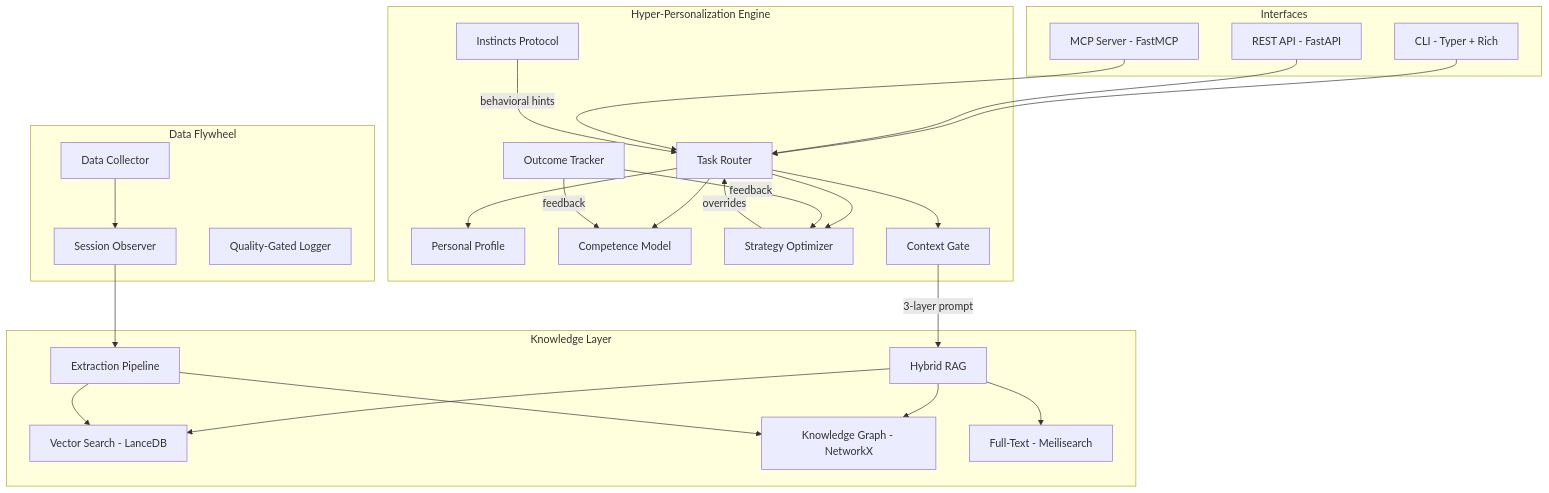
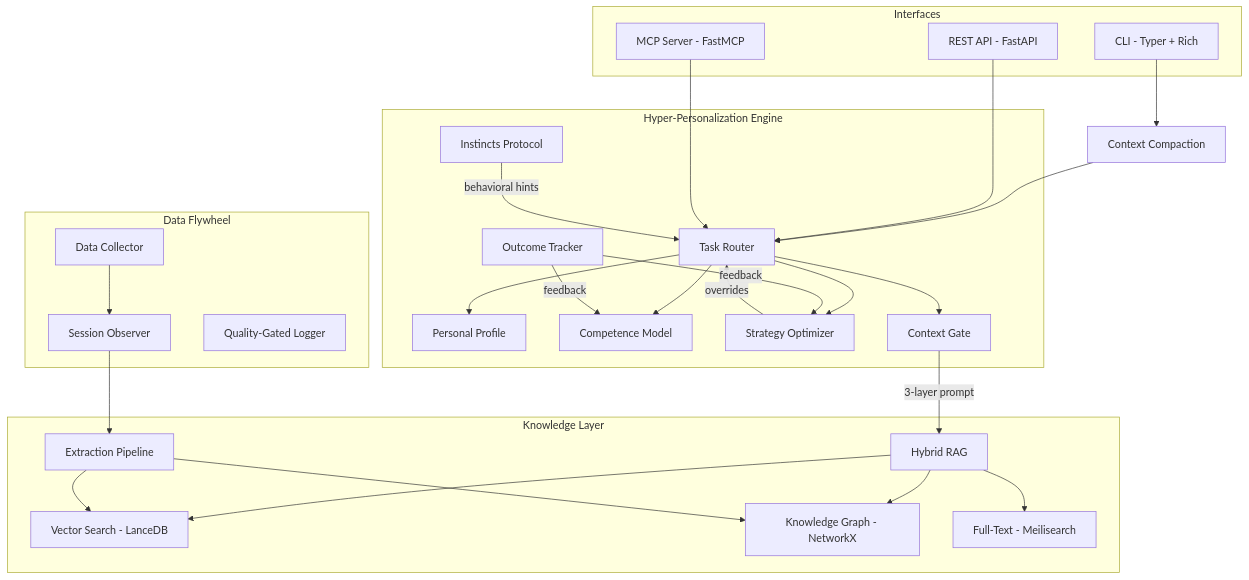
One commit to ikchain/Fabrik-Codek changed the first of 2 diagrams in README.md. Above: the diagram before and after it, drawn with Mermaid. The commit also changed other lines of this file, not shown here.

Commit message:
DOCS: Add context compaction to README, update test count

````diff
--- a/README.md
+++ b/README.md
@@ -52,55 +53,56 @@
 ```mermaid
 graph TB
     subgraph Interfaces
         CLI[CLI - Typer + Rich]
         API[REST API - FastAPI]
         MCP[MCP Server - FastMCP]
     end
 
     subgraph "Hyper-Personalization Engine"
         Router[Task Router]
         Profile[Personal Profile]
         Competence[Competence Model]
         Strategy[Strategy Optimizer]
         Outcome[Outcome Tracker]
         Gate[Context Gate]
         Instincts[Instincts Protocol]
     end
 
     subgraph "Knowledge Layer"
         Hybrid[Hybrid RAG]
         RAG[Vector Search - LanceDB]
         Graph[Knowledge Graph - NetworkX]
         FT[Full-Text - Meilisearch]
         Extract[Extraction Pipeline]
     end
 
     subgraph "Data Flywheel"
         Collector[Data Collector]
         Observer[Session Observer]
         Logger[Quality-Gated Logger]
     end
 
-    CLI --> Router
+    CLI --> Compaction --> Router
     API --> Router
     MCP --> Router
     Router --> Profile
     Router --> Competence
     Router --> Strategy
     Router --> Gate
     Gate -->|3-layer prompt| Hybrid
+    Compaction[Context Compaction]
     Instincts -->|behavioral hints| Router
 
     Hybrid --> RAG
     Hybrid --> Graph
     Hybrid --> FT
 
     Extract --> Graph
     Extract --> RAG
 
     Collector --> Observer
     Observer --> Extract
     Outcome -->|feedback| Competence
     Outcome -->|feedback| Strategy
     Strategy -->|overrides| Router
 ```
````
